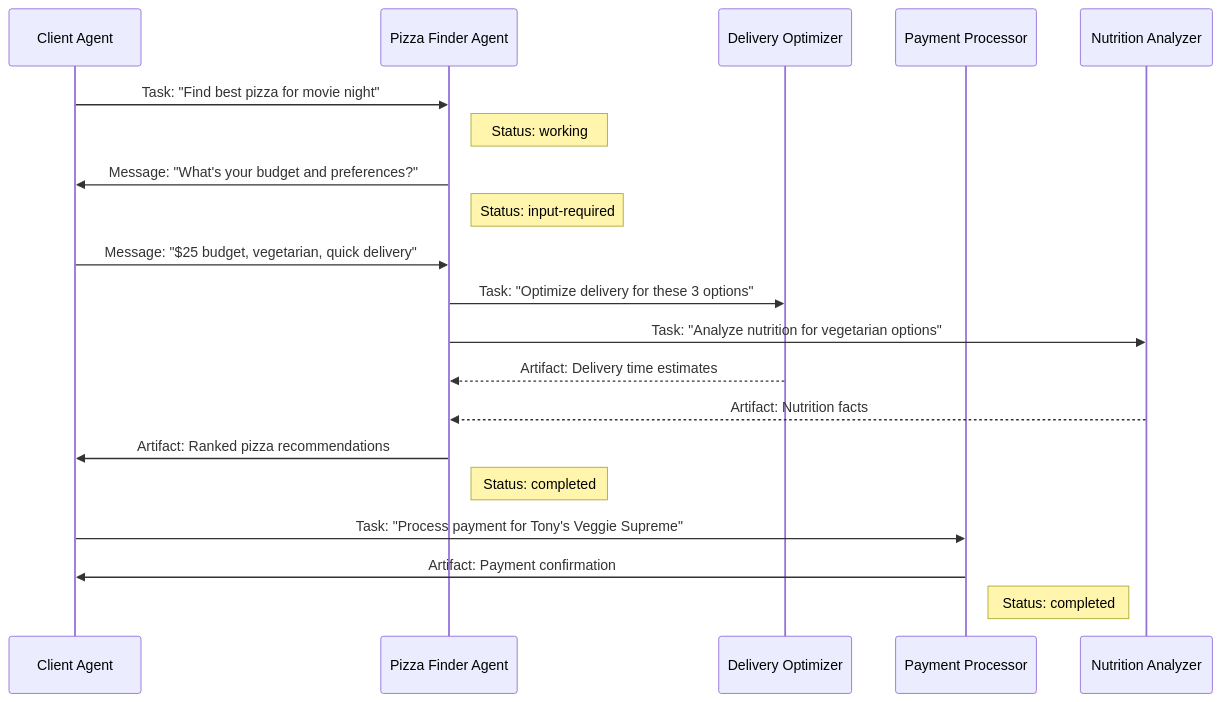
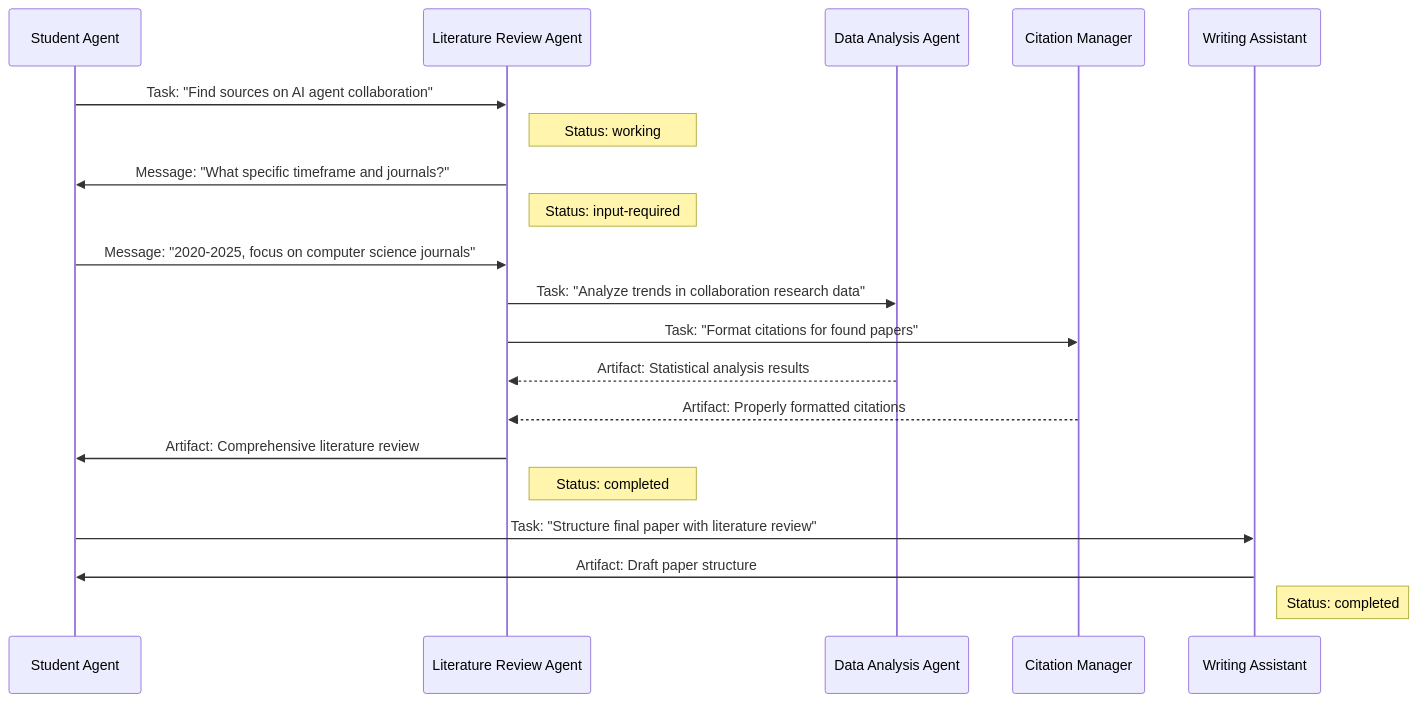
One commit to raphaelmansuy/tutorials changed the third of 4 diagrams in 28-a2a.md. Above: the diagram before and after it, drawn with Mermaid. The commit also changed other lines of this file, not shown here.

````diff
--- a/28-a2a.md
+++ b/28-a2a.md
@@ -219,25 +212,25 @@
 ```mermaid
 sequenceDiagram
-    participant You as Client Agent
-    participant PF as Pizza Finder Agent
-    participant DO as Delivery Optimizer
-    participant PP as Payment Processor
-    participant NA as Nutrition Analyzer
+    participant You as Student Agent
+    participant LR as Literature Review Agent
+    participant DA as Data Analysis Agent
+    participant CM as Citation Manager
+    participant WA as Writing Assistant
 
-    You->>PF: Task: "Find best pizza for movie night"
-    Note right of PF: Status: working
-    PF->>You: Message: "What's your budget and preferences?"
-    Note right of PF: Status: input-required
-    You->>PF: Message: "$25 budget, vegetarian, quick delivery"
-    PF->>DO: Task: "Optimize delivery for these 3 options"
-    PF->>NA: Task: "Analyze nutrition for vegetarian options"
+    You->>LR: Task: "Find sources on AI agent collaboration"
+    Note right of LR: Status: working
+    LR->>You: Message: "What specific timeframe and journals?"
+    Note right of LR: Status: input-required
+    You->>LR: Message: "2020-2025, focus on computer science journals"
+    LR->>DA: Task: "Analyze trends in collaboration research data"
+    LR->>CM: Task: "Format citations for found papers"
 
-    DO-->>PF: Artifact: Delivery time estimates
-    NA-->>PF: Artifact: Nutrition facts
+    DA-->>LR: Artifact: Statistical analysis results
+    CM-->>LR: Artifact: Properly formatted citations
 
-    PF->>You: Artifact: Ranked pizza recommendations
-    Note right of PF: Status: completed
-    You->>PP: Task: "Process payment for Tony's Veggie Supreme"
-    PP->>You: Artifact: Payment confirmation
-    Note right of PP: Status: completed
+    LR->>You: Artifact: Comprehensive literature review
+    Note right of LR: Status: completed
+    You->>WA: Task: "Structure final paper with literature review"
+    WA->>You: Artifact: Draft paper structure
+    Note right of WA: Status: completed
 ```
````
